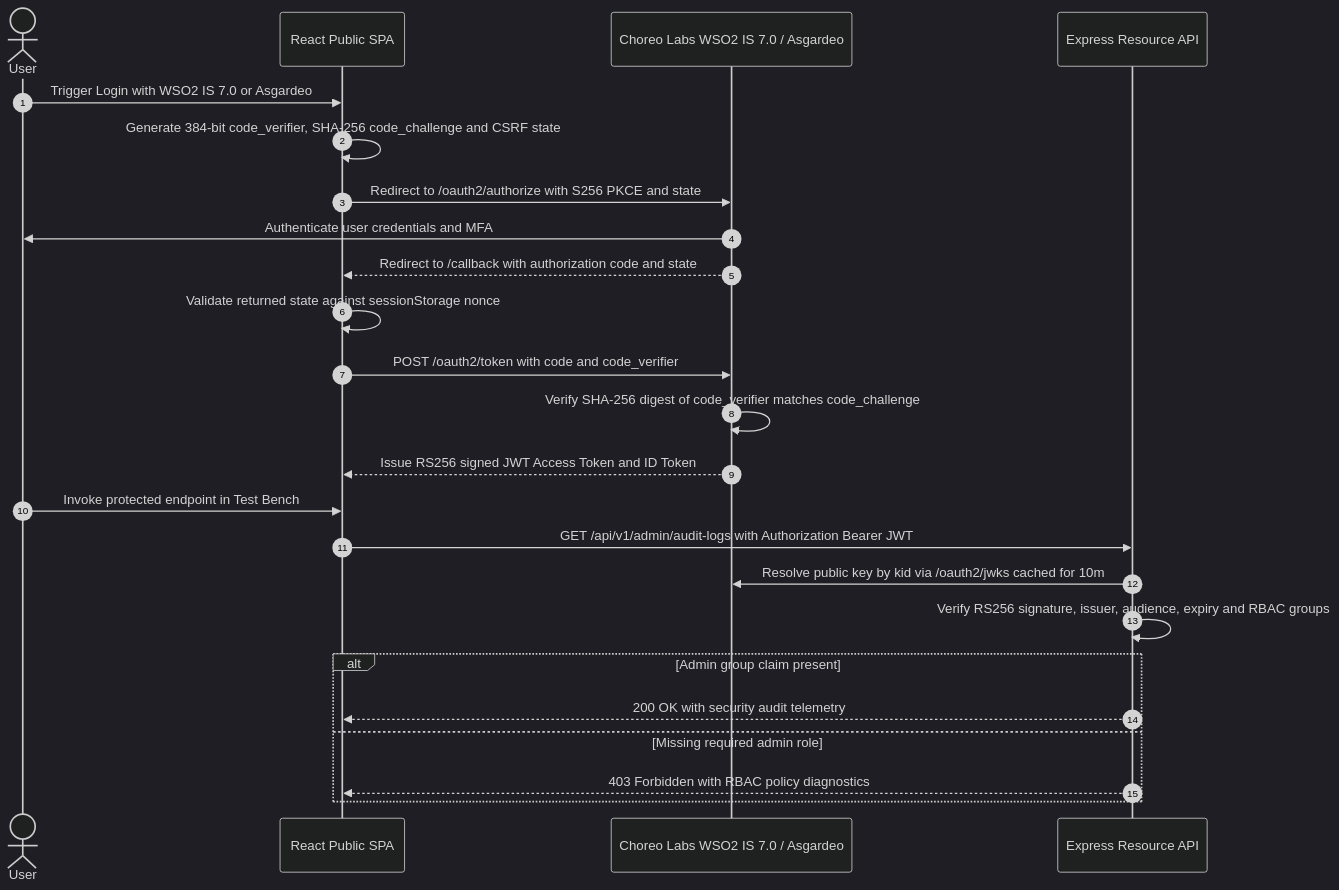
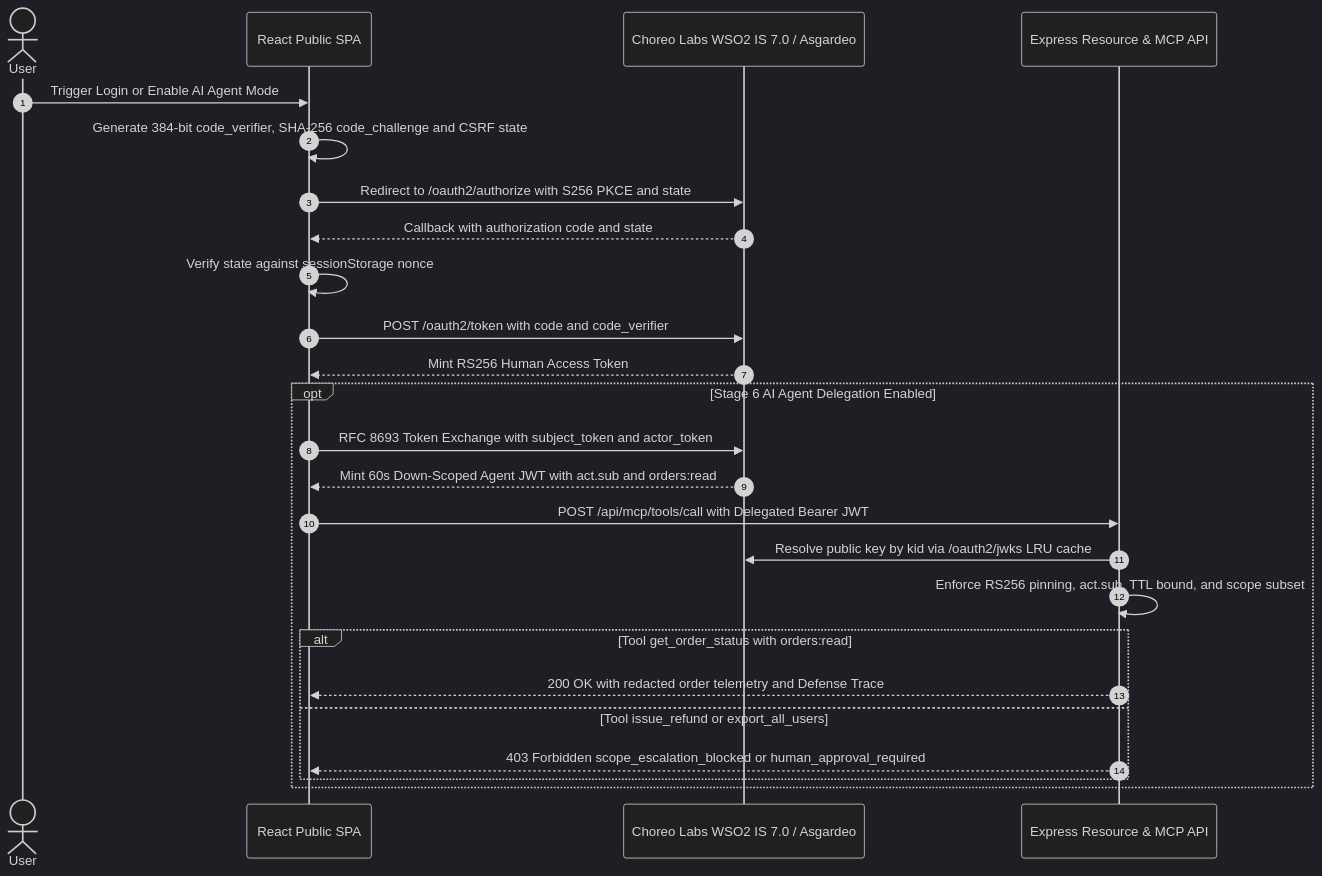
One commit to theekshana-sudeepa/wso2-identity-integration-demo changed the second of 2 diagrams in README.md. Above: the diagram before and after it, drawn with Mermaid (dark theme). The commit also changed other lines of this file and 29 other files, not shown here.

Commit message:
feat(security): add Attack Lab, RFC 8693 AI Agent MCP Guard, Cmd+K console, and Vitest suites

````diff
--- a/README.md
+++ b/README.md
@@ -85,27 +124,28 @@
 ```mermaid
 sequenceDiagram
     autonumber
     actor User
     participant SPA as React Public SPA
     participant IdP as Choreo Labs WSO2 IS 7.0 / Asgardeo
-    participant API as Express Resource API
+    participant API as Express Resource & MCP API
 
-    User->>SPA: Trigger Login with WSO2 IS 7.0 or Asgardeo
+    User->>SPA: Trigger Login or Enable AI Agent Mode
     SPA->>SPA: Generate 384-bit code_verifier, SHA-256 code_challenge and CSRF state
     SPA->>IdP: Redirect to /oauth2/authorize with S256 PKCE and state
-    IdP->>User: Authenticate user credentials and MFA
-    IdP-->>SPA: Redirect to /callback with authorization code and state
-    SPA->>SPA: Validate returned state against sessionStorage nonce
+    IdP-->>SPA: Callback with authorization code and state
+    SPA->>SPA: Verify state against sessionStorage nonce
     SPA->>IdP: POST /oauth2/token with code and code_verifier
-    IdP->>IdP: Verify SHA-256 digest of code_verifier matches code_challenge
-    IdP-->>SPA: Issue RS256 signed JWT Access Token and ID Token
-    User->>SPA: Invoke protected endpoint in Test Bench
-    SPA->>API: GET /api/v1/admin/audit-logs with Authorization Bearer JWT
-    API->>IdP: Resolve public key by kid via /oauth2/jwks cached for 10m
-    API->>API: Verify RS256 signature, issuer, audience, expiry and RBAC groups
-    alt Admin group claim present
-        API-->>SPA: 200 OK with security audit telemetry
-    else Missing required admin role
-        API-->>SPA: 403 Forbidden with RBAC policy diagnostics
+    IdP-->>SPA: Mint RS256 Human Access Token
+    opt Stage 6 AI Agent Delegation Enabled
+        SPA->>IdP: RFC 8693 Token Exchange with subject_token and actor_token
+        IdP-->>SPA: Mint 60s Down-Scoped Agent JWT with act.sub and orders:read
+        SPA->>API: POST /api/mcp/tools/call with Delegated Bearer JWT
+        API->>IdP: Resolve public key by kid via /oauth2/jwks LRU cache
+        API->>API: Enforce RS256 pinning, act.sub, TTL bound, and scope subset
+        alt Tool get_order_status with orders:read
+            API-->>SPA: 200 OK with redacted order telemetry and Defense Trace
+        else Tool issue_refund or export_all_users
+            API-->>SPA: 403 Forbidden scope_escalation_blocked or human_approval_required
+        end
     end
 ```
````
